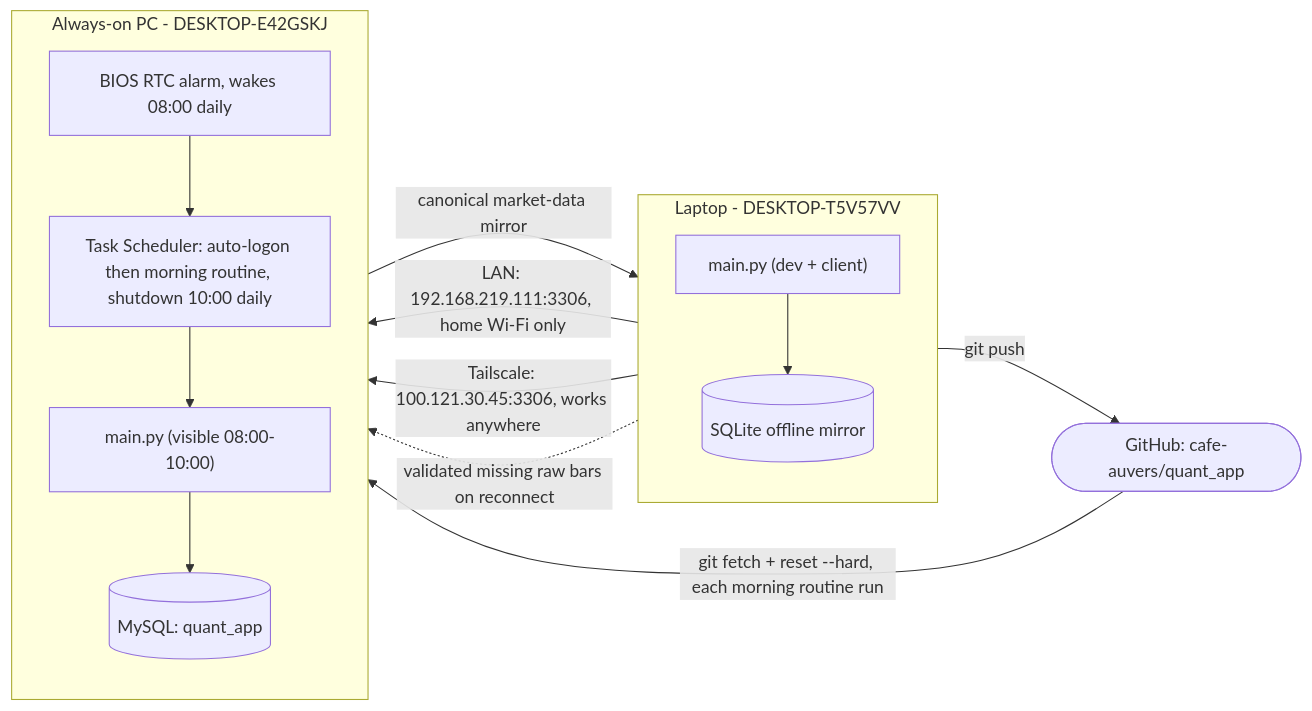
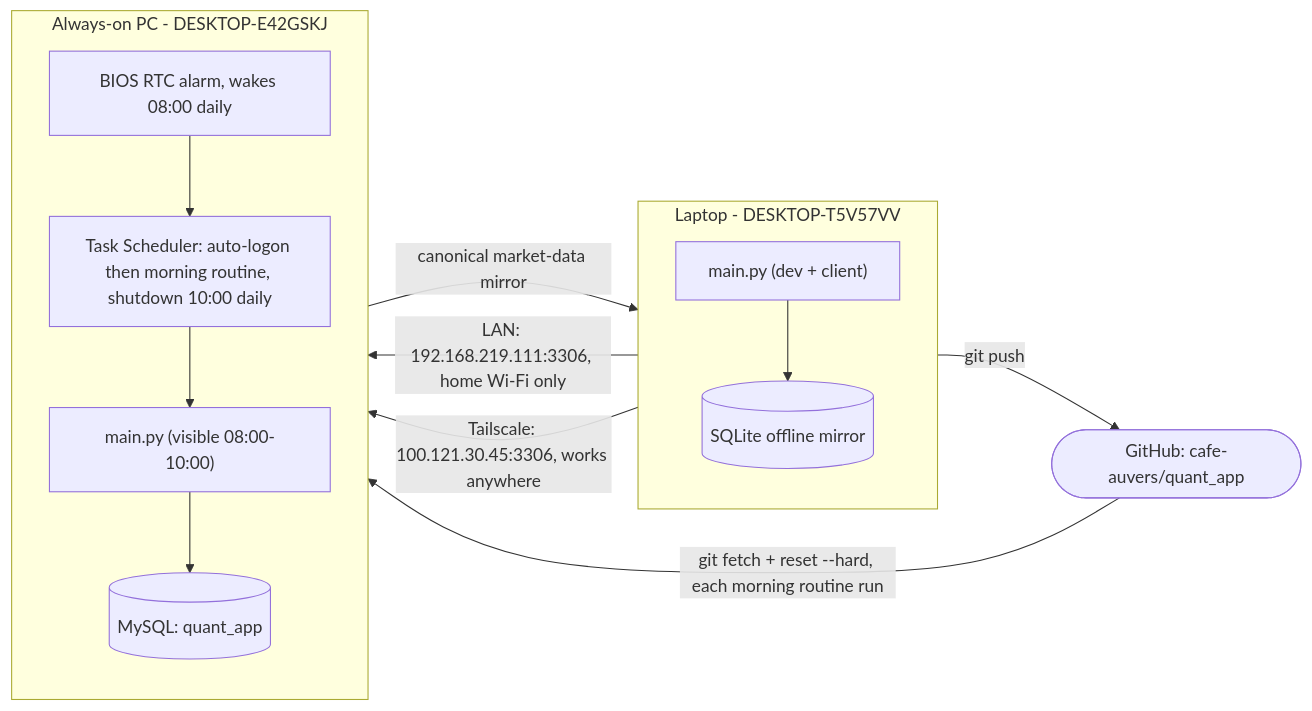
The diagram in docs/pc_sync_data_pipeline.md (cafe-auvers/quant_app), drawn with Mermaid before and after one commit. The commit also changed other lines of this file and 6 other files, not shown here.

````diff
--- a/docs/pc_sync_data_pipeline.md
+++ b/docs/pc_sync_data_pipeline.md
@@ -34,27 +32,26 @@
 ```mermaid
 flowchart LR
   repo(["GitHub: cafe-auvers/quant_app"])
 
   subgraph LAP["Laptop - DESKTOP-T5V57VV"]
     direction TB
     mainL["main.py (dev + client)"]
     mirror[("SQLite offline mirror")]
     mainL --> mirror
   end
 
   subgraph PCBOX["Always-on PC - DESKTOP-E42GSKJ"]
     direction TB
     bios["BIOS RTC alarm, wakes 08:00 daily"]
     sched["Task Scheduler: auto-logon then morning routine, shutdown 10:00 daily"]
     mainP["main.py (visible 08:00-10:00)"]
     db[("MySQL: quant_app")]
     bios --> sched --> mainP --> db
   end
 
   mainL -- "git push" --> repo
   repo -- "git fetch + reset --hard, each morning routine run" --> sched
   mainL -- "LAN: 192.168.219.111:3306, home Wi-Fi only" --> db
   mainL -- "Tailscale: 100.121.30.45:3306, works anywhere" --> db
   db -- "canonical market-data mirror" --> mirror
-  mirror -. "validated missing raw bars on reconnect" .-> db
 ```
````
